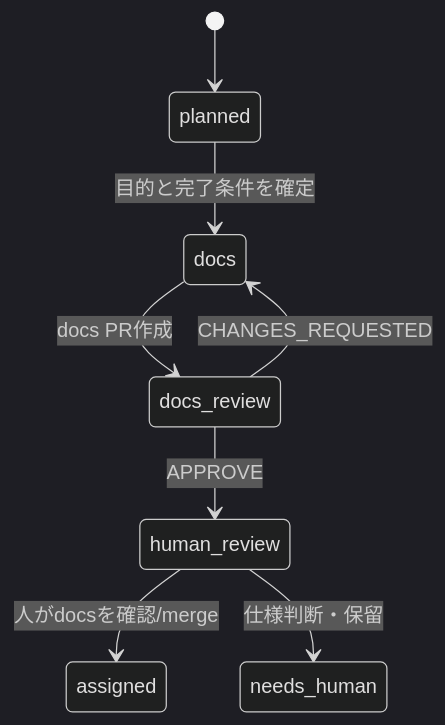
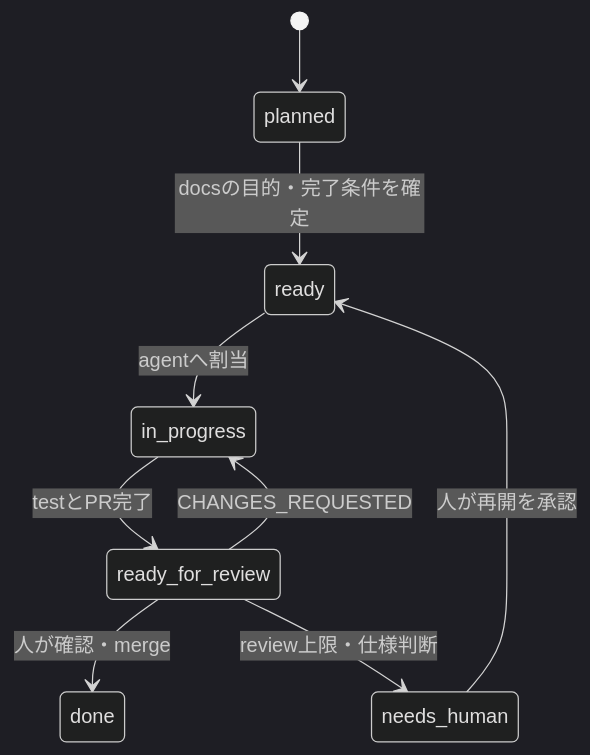
Before and after one commit to aidabo/agent-workflow: the diagram in docs/workflow.md, drawn with Mermaid (dark theme). The commit also changed other lines of this file and 4 other files, not shown here.

````diff
--- a/docs/workflow.md
+++ b/docs/workflow.md
@@ -5,10 +8,11 @@
 ```mermaid
 stateDiagram-v2
   [*] --> planned
-  planned --> docs: 目的と完了条件を確定
-  docs --> docs_review: docs PR作成
-  docs_review --> docs: CHANGES_REQUESTED
-  docs_review --> human_review: APPROVE
-  human_review --> assigned: 人がdocsを確認/merge
-  human_review --> needs_human: 仕様判断・保留
+  planned --> ready: docsの目的・完了条件を確定
+  ready --> in_progress: agentへ割当
+  in_progress --> ready_for_review: testとPR完了
+  ready_for_review --> in_progress: CHANGES_REQUESTED
+  ready_for_review --> done: 人が確認・merge
+  ready_for_review --> needs_human: review上限・仕様判断
+  needs_human --> ready: 人が再開を承認
 ```
````
